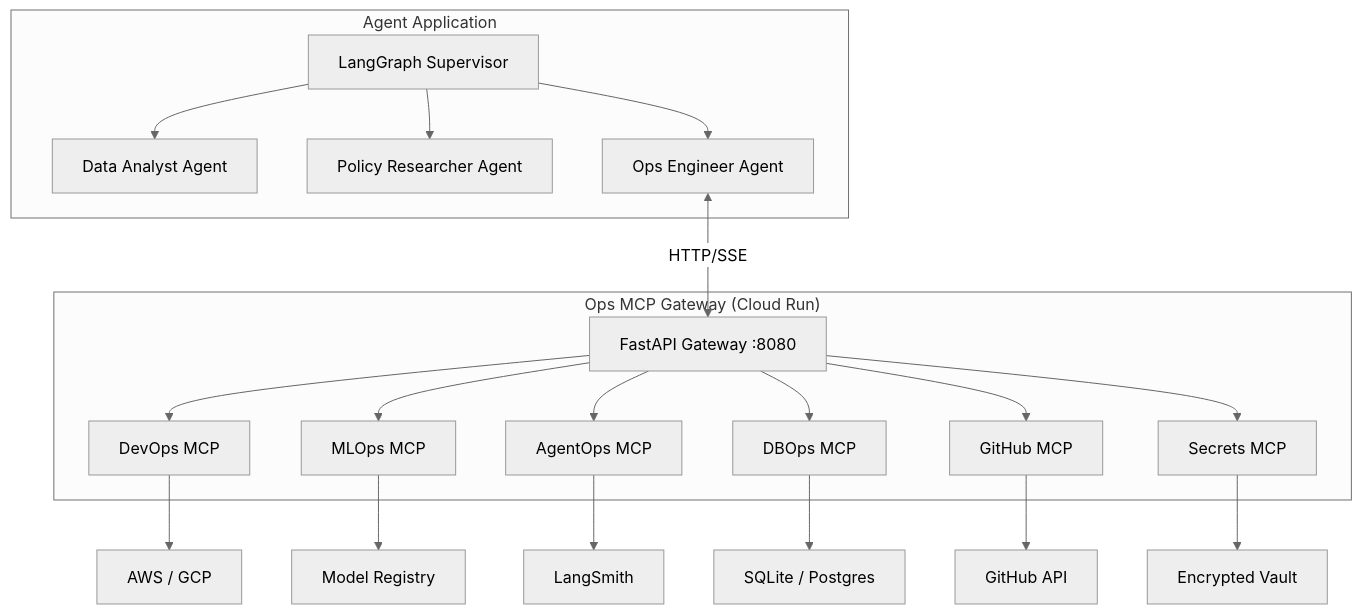
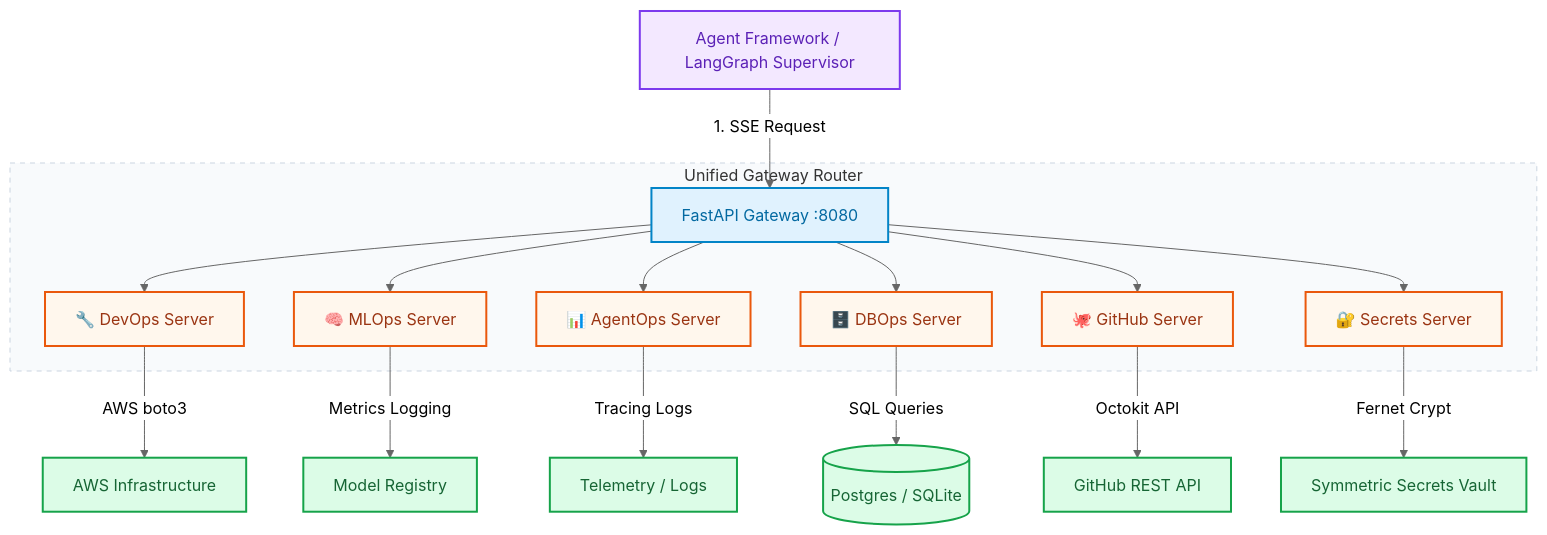
One commit to akmalkhaniub/ops-mcp-suite changed the diagram in README.md. Above: the diagram before and after it, drawn with Mermaid (neutral theme). The commit also changed other lines of this file, not shown here.

Commit message:
docs: upgrade README with premium badges, system architecture charts, and tools reference index

````diff
--- a/README.md
+++ b/README.md
@@ -7,27 +21,32 @@
 ```mermaid
-graph TB
-    subgraph "Agent Application"
-        A[LangGraph Supervisor] --> B[Data Analyst Agent]
-        A --> C[Policy Researcher Agent]
-        A --> D[Ops Engineer Agent]
+graph TD
+    classDef client fill:#f3e8ff,stroke:#7c3aed,stroke-width:2px,color:#5b21b6;
+    classDef gateway fill:#e0f2fe,stroke:#0284c7,stroke-width:2px,color:#0369a1;
+    classDef server fill:#fff7ed,stroke:#ea580c,stroke-width:2px,color:#9a3412;
+    classDef resource fill:#dcfce7,stroke:#16a34a,stroke-width:2px,color:#166534;
+
+    User[Agent Framework / LangGraph Supervisor] -->|1. SSE Request| GW[FastAPI Gateway :8080]
+    
+    subgraph GatewayProxy [Unified Gateway Router]
+        GW --> DEV[🔧 DevOps Server]
+        GW --> ML[🧠 MLOps Server]
+        GW --> AG[📊 AgentOps Server]
+        GW --> DB[🗄️ DBOps Server]
+        GW --> GH[🐙 GitHub Server]
+        GW --> SEC[🔐 Secrets Server]
     end
+    
+    DEV -->|AWS boto3| AWS[AWS Infrastructure]
+    ML -->|Metrics Logging| MLRegistry[Model Registry]
+    AG -->|Tracing Logs| LangSmith[Telemetry / Logs]
+    DB -->|SQL Queries| SQL[(Postgres / SQLite)]
+    GH -->|Octokit API| GitHubAPI[GitHub REST API]
+    SEC -->|Fernet Crypt| Vault[Symmetric Secrets Vault]
 
-    subgraph "Ops MCP Gateway (Cloud Run)"
-        GW[FastAPI Gateway :8080]
-        GW --> DEV[DevOps MCP]
-        GW --> ML[MLOps MCP]
-        GW --> AG[AgentOps MCP]
-        GW --> DB[DBOps MCP]
-        GW --> GH[GitHub MCP]
-        GW --> SEC[Secrets MCP]
-    end
-
-    D <-->|HTTP/SSE| GW
-
-    DEV --> AWS[AWS / GCP]
-    ML --> REG[Model Registry]
-    AG --> LS[LangSmith]
-    DB --> PG[SQLite / Postgres]
-    GH --> GHAPI[GitHub API]
-    SEC --> VAULT[Encrypted Vault]
+    class User client;
+    class GW gateway;
+    class DEV,ML,AG,DB,GH,SEC server;
+    class AWS,MLRegistry,LangSmith,SQL,GitHubAPI,Vault resource;
+    
+    style GatewayProxy fill:#f8fafc,stroke:#cbd5e1,stroke-width:1px,stroke-dasharray: 5 5;
 ```
````
